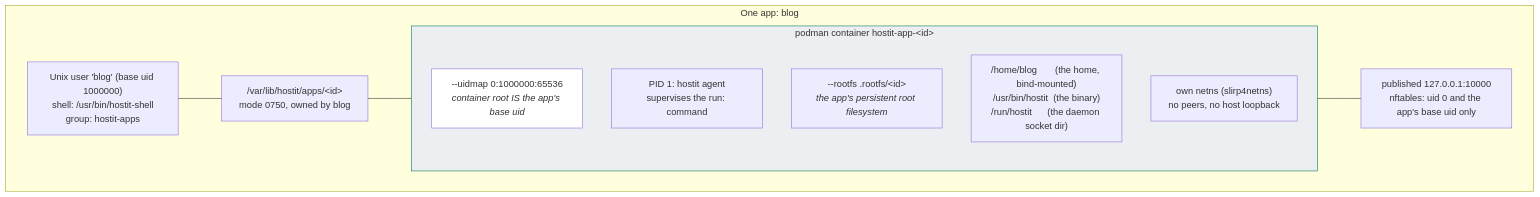
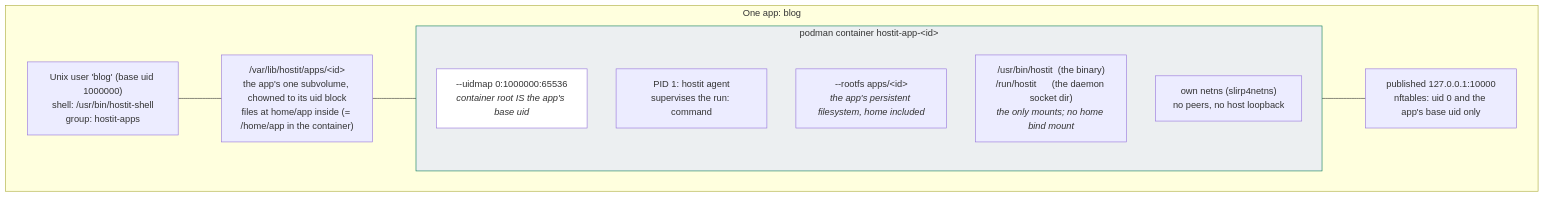
The diagram in docs/architecture/isolation.md (binwiederhier/hostit), drawn with Mermaid before and after one commit. The commit also changed other lines of this file and 21 other files, not shown here.

````diff
--- a/docs/architecture/isolation.md
+++ b/docs/architecture/isolation.md
@@ -9,25 +10,25 @@
 ```mermaid
 flowchart TB
     subgraph one["One app: blog"]
         user["Unix user 'blog' (base uid 1000000)<br/>shell: /usr/bin/hostit-shell<br/>group: hostit-apps"]
-        home["/var/lib/hostit/apps/&lt;id&gt;<br/>mode 0750, owned by blog"]
+        subvol["/var/lib/hostit/apps/&lt;id&gt;<br/>the app's one subvolume, chowned to its uid block<br/>files at home/app inside (= /home/app in the container)"]
 
         subgraph container["podman container hostit-app-&lt;id&gt;"]
             direction TB
             idmap["--uidmap 0:1000000:65536<br/><i>container root IS the app's base uid</i>"]
             pid1["PID 1: hostit agent<br/>supervises the run: command"]
-            rootfs["--rootfs .rootfs/&lt;id&gt;<br/><i>the app's persistent root filesystem</i>"]
-            mounts["/home/blog       (the home, bind-mounted)<br/>/usr/bin/hostit  (the binary)<br/>/run/hostit      (the daemon socket dir)"]
+            rootfs["--rootfs apps/&lt;id&gt;<br/><i>the app's persistent filesystem, home included</i>"]
+            mounts["/usr/bin/hostit  (the binary)<br/>/run/hostit      (the daemon socket dir)<br/><i>the only mounts; no home bind mount</i>"]
             net["own netns (slirp4netns)<br/>no peers, no host loopback"]
         end
 
         port["published 127.0.0.1:10000<br/>nftables: uid 0 and the app's base uid only"]
     end
 
-    user --- home
-    home --- container
+    user --- subvol
+    subvol --- container
     container --- port
 
     style container fill:#eceff1,stroke:#047857
     style idmap fill:#fff
 ```
````
